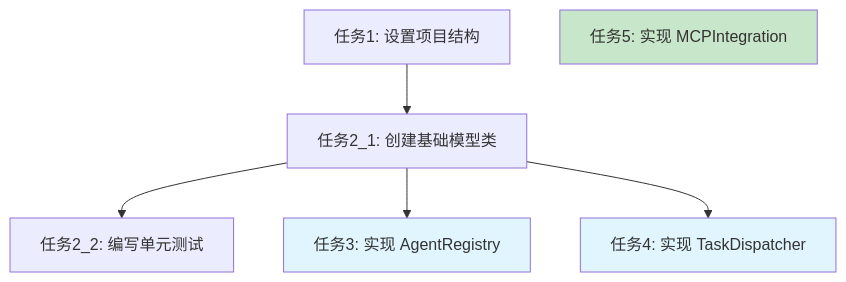
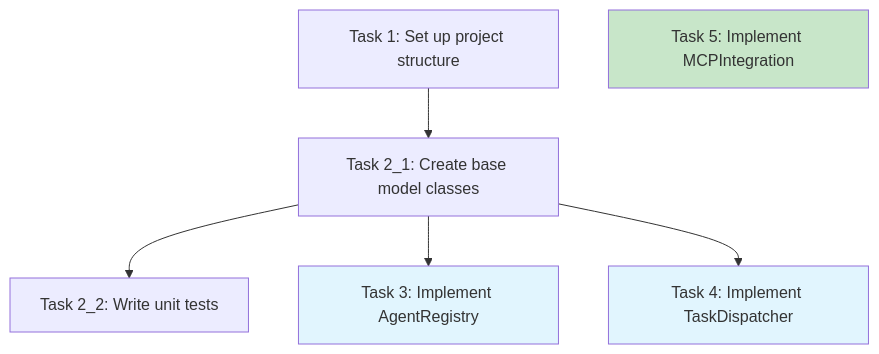
One commit to ezrover/POICompanion changed the diagram in .claude/agents/agent-tasks.md. Above: the diagram before and after it, drawn with Mermaid. The commit also changed other lines of this file and 17 other files, not shown here.

````diff
--- a/.claude/agents/agent-tasks.md
+++ b/.claude/agents/agent-tasks.md
@@ -60,18 +60,18 @@
 ```mermaid
 flowchart TD
-    T1[任务1: 设置项目结构]
-    T2_1[任务2_1: 创建基础模型类]
-    T2_2[任务2_2: 编写单元测试]
-    T3[任务3: 实现 AgentRegistry]
-    T4[任务4: 实现 TaskDispatcher]
-    T5[任务5: 实现 MCPIntegration]
+    T1[Task 1: Set up project structure]
+    T2_1[Task 2_1: Create base model classes]
+    T2_2[Task 2_2: Write unit tests]
+    T3[Task 3: Implement AgentRegistry]
+    T4[Task 4: Implement TaskDispatcher]
+    T5[Task 5: Implement MCPIntegration]
     
     T1 --> T2_1
     T2_1 --> T2_2
     T2_1 --> T3
     T2_1 --> T4
     
     style T3 fill:#e1f5fe
     style T4 fill:#e1f5fe
     style T5 fill:#c8e6c9
 ```
````
